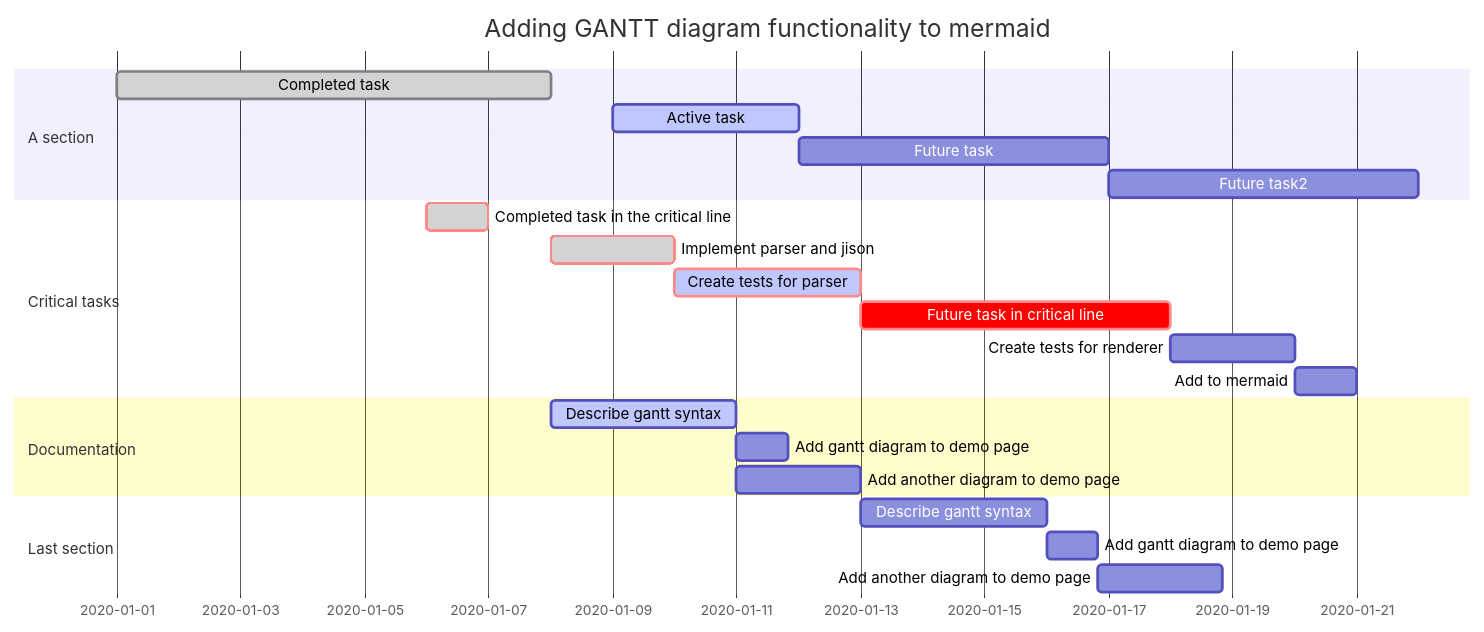
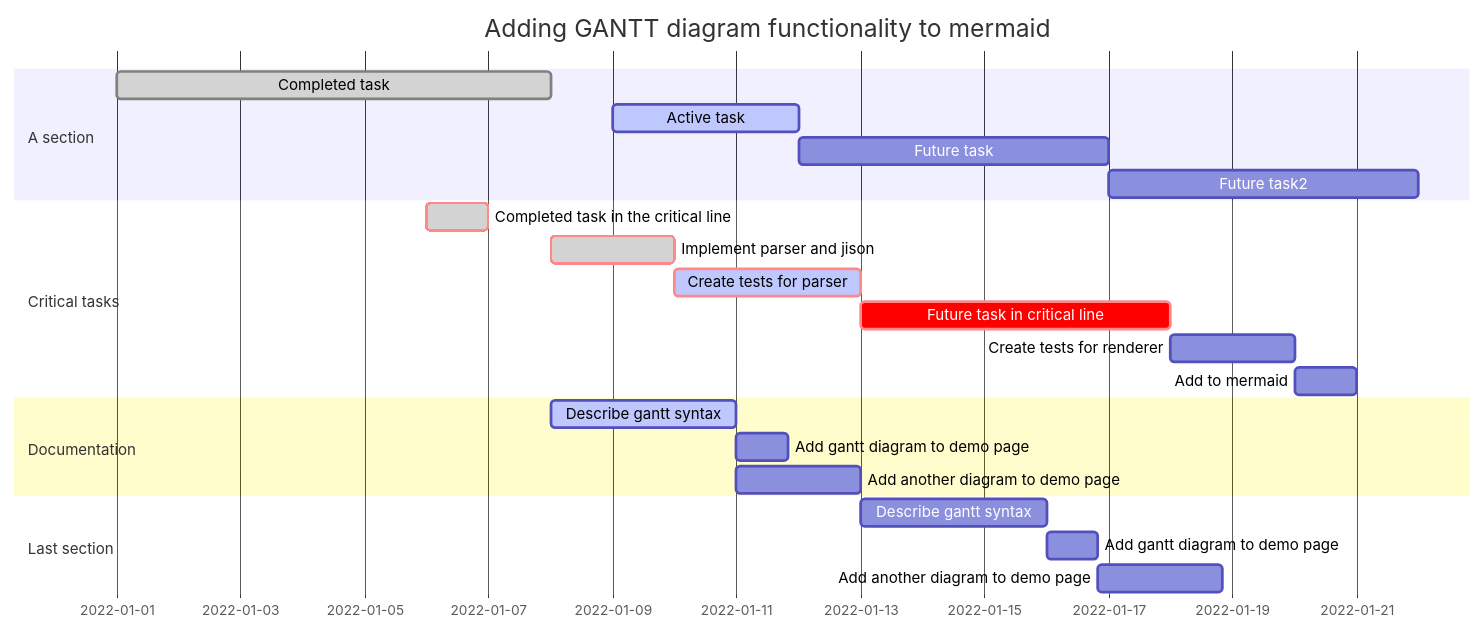
One commit to zz37/zz37.github.io changed the second of 2 diagrams in _posts/2021-01-01-Content-workflow.md. Above: the diagram before and after it, drawn with Mermaid. The commit also changed other lines of this file, not shown here.

```diff
--- a/_posts/2021-01-01-Content-workflow.md
+++ b/_posts/2021-01-01-Content-workflow.md
@@ -170,29 +157,29 @@
 <div class="mermaid">
 gantt
        dateFormat  YYYY-MM-DD
        title Adding GANTT diagram functionality to mermaid
 
        section A section
-       Completed task            :done,    des1, 2020-01-01,2020-01-08
-       Active task               :active,  des2, 2020-01-09, 3d
+       Completed task            :done,    des1, 2022-01-01,2022-01-08
+       Active task               :active,  des2, 2022-01-09, 3d
        Future task               :         des3, after des2, 5d
        Future task2              :         des4, after des3, 5d
 
        section Critical tasks
-       Completed task in the critical line :crit, done, 2020-01-06,24h
+       Completed task in the critical line :crit, done, 2022-01-06,24h
        Implement parser and jison          :crit, done, after des1, 2d
        Create tests for parser             :crit, active, 3d
        Future task in critical line        :crit, 5d
        Create tests for renderer           :2d
        Add to mermaid                      :1d
 
        section Documentation
        Describe gantt syntax               :active, a1, after des1, 3d
        Add gantt diagram to demo page      :after a1  , 20h
        Add another diagram to demo page    :doc1, after a1  , 48h
 
        section Last section
        Describe gantt syntax               :after doc1, 3d
        Add gantt diagram to demo page      :20h
        Add another diagram to demo page    :48h
 </div>
```
